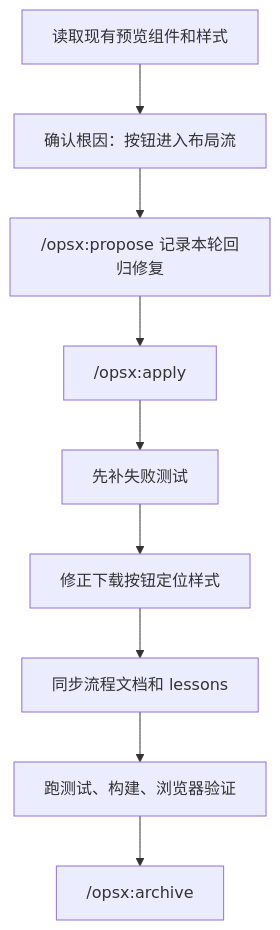
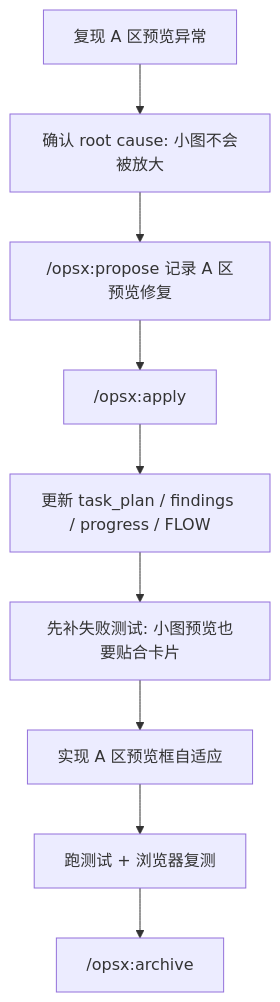
Before and after one commit to ifengz/iimage: the second of 8 diagrams in task_plan.md, drawn with Mermaid. The commit also changed other lines of this file and 27 other files, not shown here.

````diff
--- a/task_plan.md
+++ b/task_plan.md
@@ -13,11 +120,11 @@
 ```mermaid
 flowchart TD
-    A["读取现有预览组件和样式"] --> B["确认根因：按钮进入布局流"]
-    B --> C["/opsx:propose 记录本轮回归修复"]
+    A["复现 A 区预览异常"] --> B["确认 root cause: 小图不会被放大"]
+    B --> C["/opsx:propose 记录 A 区预览修复"]
     C --> D["/opsx:apply"]
-    D --> E["先补失败测试"]
-    E --> F["修正下载按钮定位样式"]
-    F --> G["同步流程文档和 lessons"]
-    G --> H["跑测试、构建、浏览器验证"]
+    D --> E["更新 task_plan / findings / progress / FLOW"]
+    E --> F["先补失败测试: 小图预览也要贴合卡片"]
+    F --> G["实现 A 区预览框自适应"]
+    G --> H["跑测试 + 浏览器复测"]
     H --> I["/opsx:archive"]
 ```
````
